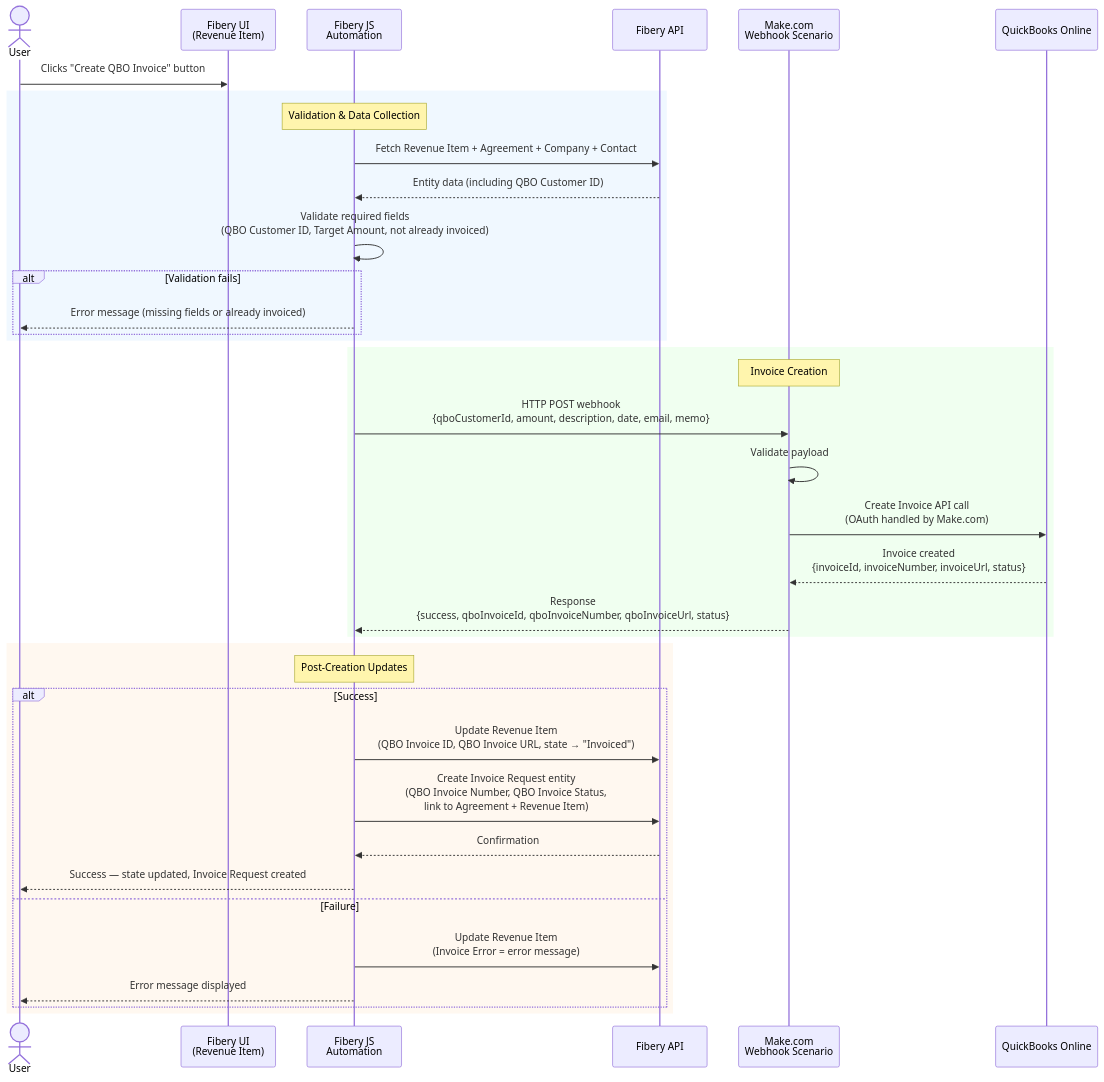
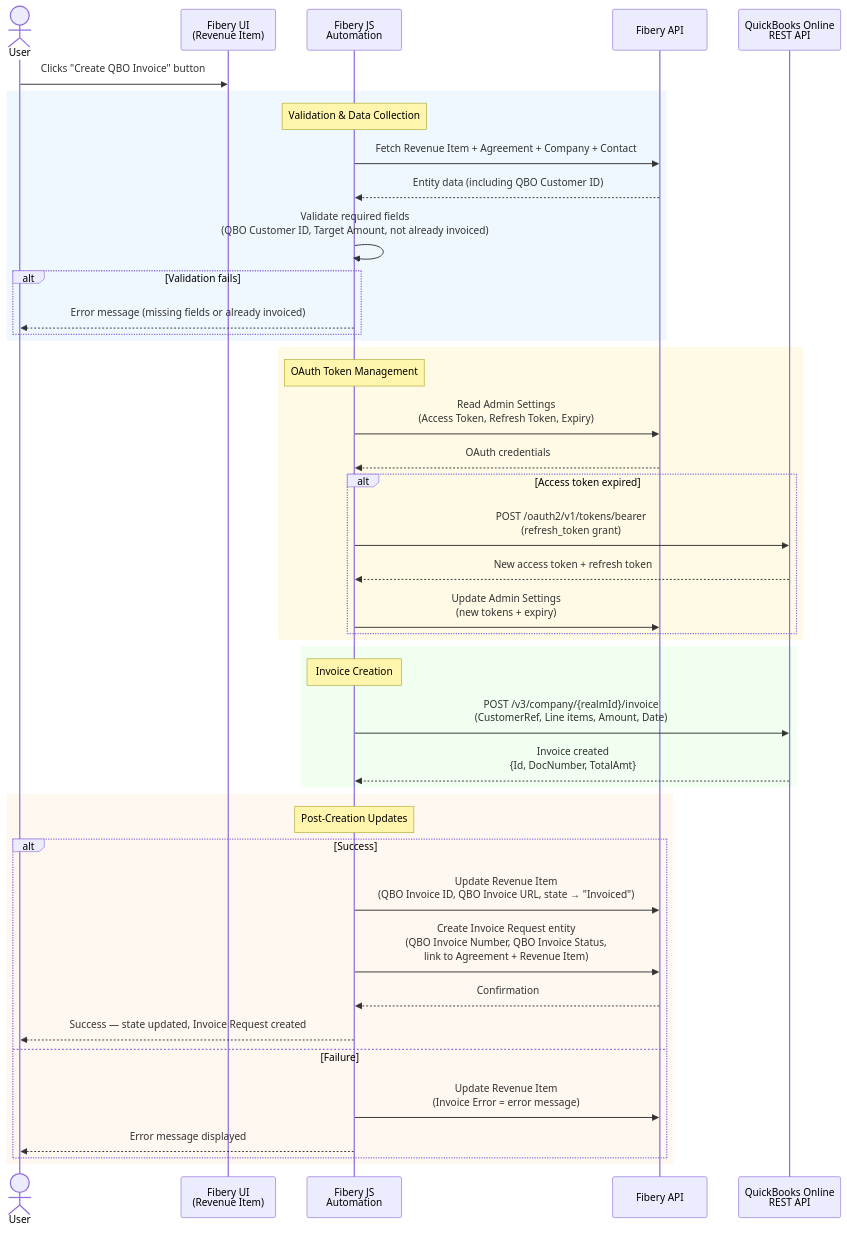
One commit to bernardw01/FiberyQBOIntegration changed the diagram in FiberyQBOIntegration-PRD.md. Above: the diagram before and after it, drawn with Mermaid. The commit also changed other lines of this file and 1 other file, not shown here.

First line of the commit message:
PRD v0.8: Architecture pivot to direct QBO API from Fibery JS

````diff
--- a/FiberyQBOIntegration-PRD.md
+++ b/FiberyQBOIntegration-PRD.md
@@ -53,43 +76,50 @@
 ```mermaid
 sequenceDiagram
     actor User
     participant FiberyUI as Fibery UI<br/>(Revenue Item)
     participant FiberyJS as Fibery JS<br/>Automation
     participant FiberyAPI as Fibery API
-    participant Make as Make.com<br/>Webhook Scenario
-    participant QBO as QuickBooks Online
+    participant QBO as QuickBooks Online<br/>REST API
 
     User->>FiberyUI: Clicks "Create QBO Invoice" button
 
     rect rgb(240, 248, 255)
         Note over FiberyJS: Validation & Data Collection
         FiberyJS->>FiberyAPI: Fetch Revenue Item + Agreement + Company + Contact
         FiberyAPI-->>FiberyJS: Entity data (including QBO Customer ID)
         FiberyJS->>FiberyJS: Validate required fields<br/>(QBO Customer ID, Target Amount, not already invoiced)
         alt Validation fails
             FiberyJS-->>User: Error message (missing fields or already invoiced)
         end
     end
 
+    rect rgb(255, 250, 230)
+        Note over FiberyJS: OAuth Token Management
+        FiberyJS->>FiberyAPI: Read Admin Settings<br/>(Access Token, Refresh Token, Expiry)
+        FiberyAPI-->>FiberyJS: OAuth credentials
+        alt Access token expired
+            FiberyJS->>QBO: POST /oauth2/v1/tokens/bearer<br/>(refresh_token grant)
+            QBO-->>FiberyJS: New access token + refresh token
+            FiberyJS->>FiberyAPI: Update Admin Settings<br/>(new tokens + expiry)
+        end
+    end
+
     rect rgb(240, 255, 240)
-        Note over Make: Invoice Creation
-        FiberyJS->>Make: HTTP POST webhook<br/>{qboCustomerId, amount, description, date, email, memo}
-        Make->>Make: Validate payload
-        Make->>QBO: Create Invoice API call<br/>(OAuth handled by Make.com)
-        QBO-->>Make: Invoice created<br/>{invoiceId, invoiceNumber, invoiceUrl, status}
-        Make-->>FiberyJS: Response<br/>{success, qboInvoiceId, qboInvoiceNumber, qboInvoiceUrl, status}
+        Note over FiberyJS: Invoice Creation
+        FiberyJS->>QBO: POST /v3/company/{realmId}/invoice<br/>(CustomerRef, Line items, Amount, Date)
+        QBO-->>FiberyJS: Invoice created<br/>{Id, DocNumber, TotalAmt}
     end
 
     rect rgb(255, 248, 240)
         Note over FiberyJS: Post-Creation Updates
         alt Success
             FiberyJS->>FiberyAPI: Update Revenue Item<br/>(QBO Invoice ID, QBO Invoice URL, state → "Invoiced")
             FiberyJS->>FiberyAPI: Create Invoice Request entity<br/>(QBO Invoice Number, QBO Invoice Status,<br/>link to Agreement + Revenue Item)
             FiberyAPI-->>FiberyJS: Confirmation
             FiberyJS-->>User: Success — state updated, Invoice Request created
         else Failure
             FiberyJS->>FiberyAPI: Update Revenue Item<br/>(Invoice Error = error message)
             FiberyJS-->>User: Error message displayed
         end
     end
 ```
````
